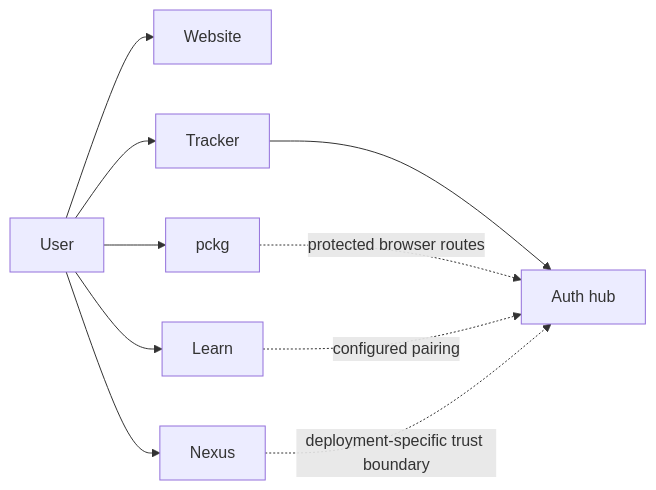
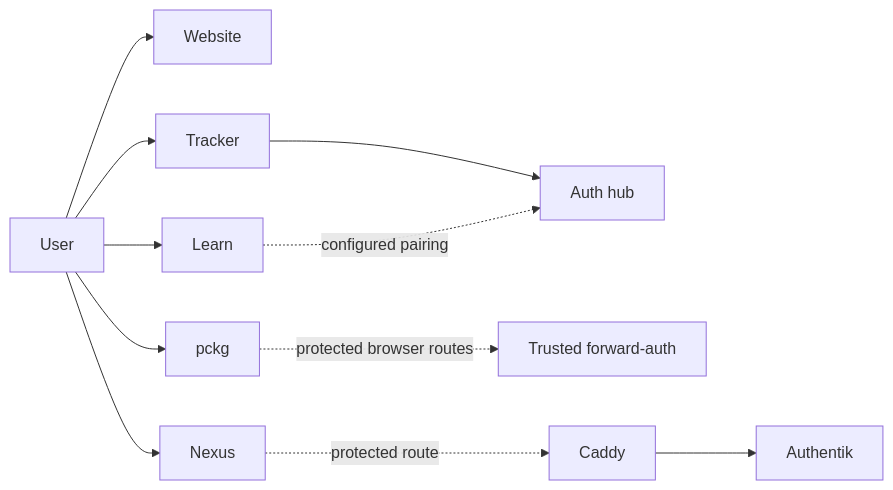
The diagram in site/website/src/content/docs/docs/services/index.md (Cyber-Nomad-Collective/beskid), drawn with Mermaid before and after one commit. The commit also changed other lines of this file and 15 other files, not shown here.

````diff
--- a/site/website/src/content/docs/docs/services/index.md
+++ b/site/website/src/content/docs/docs/services/index.md
@@ -32,14 +34,15 @@
 ```mermaid
 flowchart LR
   accTitle: Public service and authentication topology
-  accDescr: Readers use the Website for public guidance. The Auth hub supplies GitHub OAuth to paired services. Other services keep separate data and health boundaries.
+  accDescr: Readers use public services. Tracker and Learn connect to the Auth hub. pckg uses trusted forward-auth. Caddy and Authentik protect Nexus.
   U[User] --> W[Website]
   U --> L[Learn]
   U --> P[pckg]
   U --> T[Tracker]
   U --> N[Nexus]
   T --> A[Auth hub]
-  P -. protected browser routes .-> A
   L -. configured pairing .-> A
-  N -. deployment-specific trust boundary .-> A
+  P -. protected browser routes .-> F[Trusted forward-auth]
+  N -. protected route .-> C[Caddy]
+  C --> K[Authentik]
 ```
````
